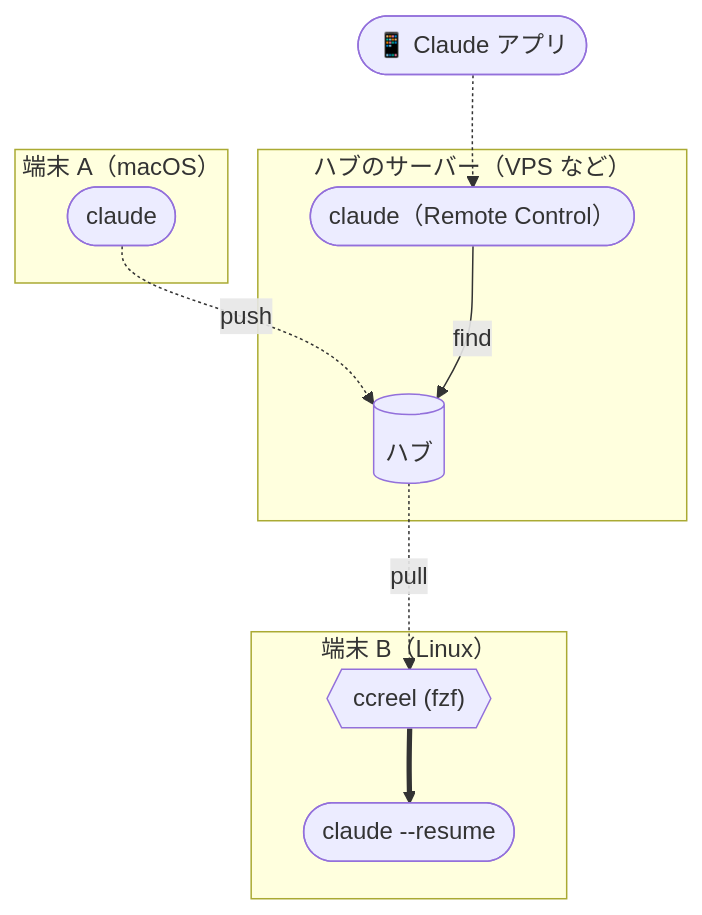
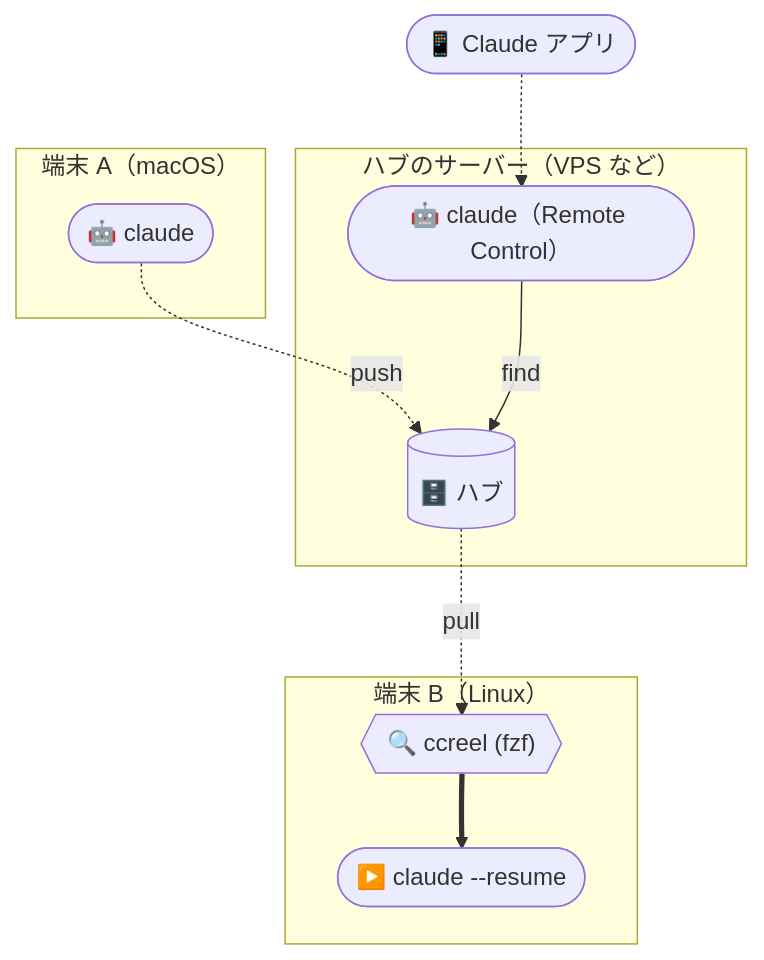
The diagram in README.md (yktsnet/ccreel), drawn with Mermaid before and after one commit. The commit also changed 2 other files, not shown here.

Commit message:
docs: add an emoji to each Mermaid node (#36)

````diff
--- a/README.md
+++ b/README.md
@@ -52,16 +52,16 @@
 ```mermaid
 flowchart TD
   subgraph A["端末 A（macOS）"]
-    ca(["claude"])
+    ca(["🤖 claude"])
   end
   subgraph S["ハブのサーバー（VPS など）"]
-    hub[("ハブ")]
-    rc(["claude（Remote Control）"])
+    hub[("🗄️ ハブ")]
+    rc(["🤖 claude（Remote Control）"])
   end
   subgraph B["端末 B（Linux）"]
-    fb{{"ccreel (fzf)"}} ==> rb(["claude --resume"])
+    fb{{"🔍 ccreel (fzf)"}} ==> rb(["▶️ claude --resume"])
   end
   phone(["📱 Claude アプリ"])
   ca -.->|push| hub -.->|pull| fb
   phone -.-> rc -->|find| hub
 ```
````
